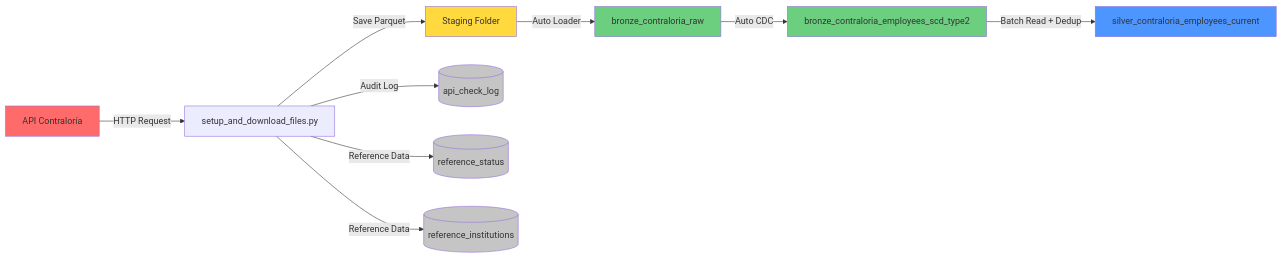
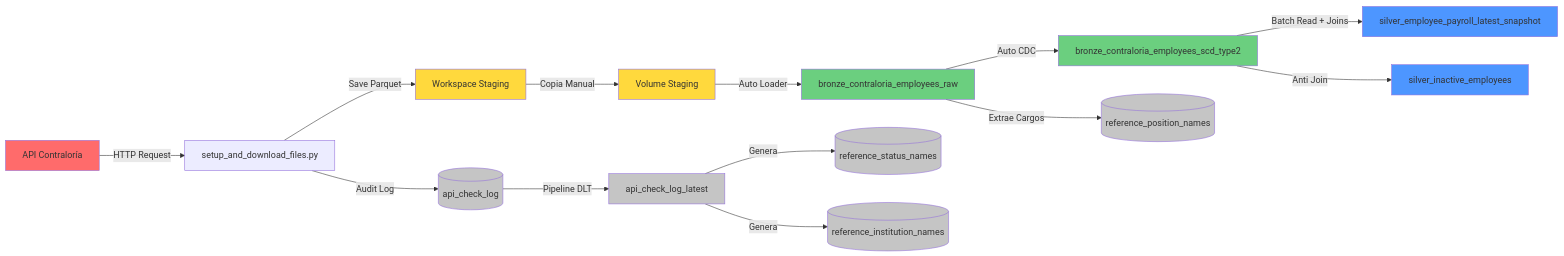
The diagram in README_ES.md (jquesada92/contraloria_panama), drawn with Mermaid before and after one commit. The commit also changed other lines of this file and 1 other file, not shown here.

````diff
--- a/README_ES.md
+++ b/README_ES.md
@@ -52,21 +52,29 @@
 ```mermaid
 graph LR
     A[API Contraloría] -->|HTTP Request| B[setup_and_download_files.py]
-    B -->|Save Parquet| C[Staging Folder]
-    C -->|Auto Loader| D[bronze_contraloria_raw]
-    D -->|Auto CDC| E[bronze_contraloria_employees_scd_type2]
-    E -->|Batch Read + Dedup| F[silver_contraloria_employees_current]
+    B -->|Save Parquet| C[Workspace Staging]
+    C -->|Copia Manual| D[Volume Staging]
+    D -->|Auto Loader| E[bronze_contraloria_employees_raw]
+    E -->|Auto CDC| F[bronze_contraloria_employees_scd_type2]
+    F -->|Batch Read + Joins| G[silver_employee_payroll_latest_snapshot]
+    F -->|Anti Join| H[silver_inactive_employees]
     
-    B -->|Audit Log| G[(api_check_log)]
-    B -->|Reference Data| H[(reference_status)]
-    B -->|Reference Data| I[(reference_institutions)]
+    B -->|Audit Log| I[(api_check_log)]
+    I -->|Pipeline DLT| J[api_check_log_latest]
+    J -->|Genera| K[(reference_status_names)]
+    J -->|Genera| L[(reference_institution_names)]
+    E -->|Extrae Cargos| M[(reference_position_names)]
     
     style A fill:#ff6b6b
     style C fill:#ffd93d
-    style D fill:#6bcf7f
+    style D fill:#ffd93d
     style E fill:#6bcf7f
-    style F fill:#4d96ff
-    style G fill:#c5c5c5
-    style H fill:#c5c5c5
+    style F fill:#6bcf7f
+    style G fill:#4d96ff
+    style H fill:#4d96ff
     style I fill:#c5c5c5
+    style J fill:#c5c5c5
+    style K fill:#c5c5c5
+    style L fill:#c5c5c5
+    style M fill:#c5c5c5
 ```
````
